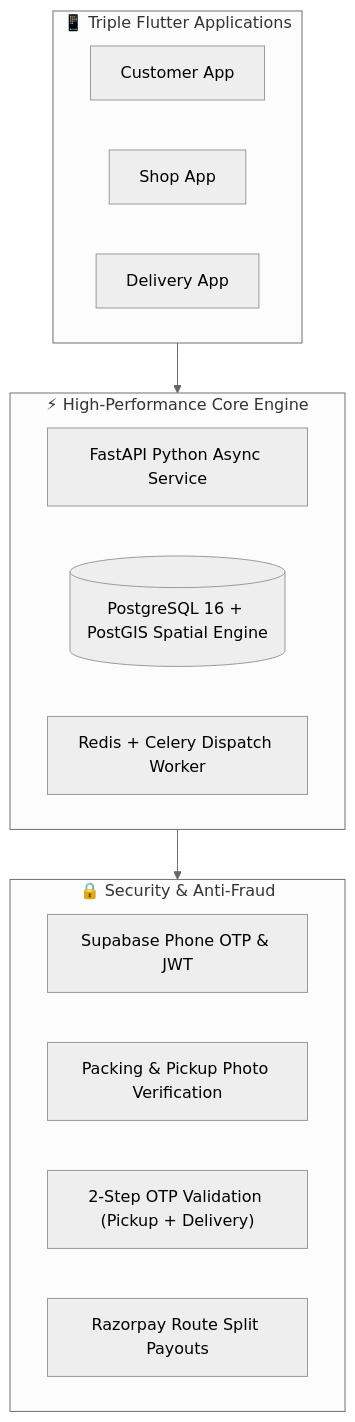
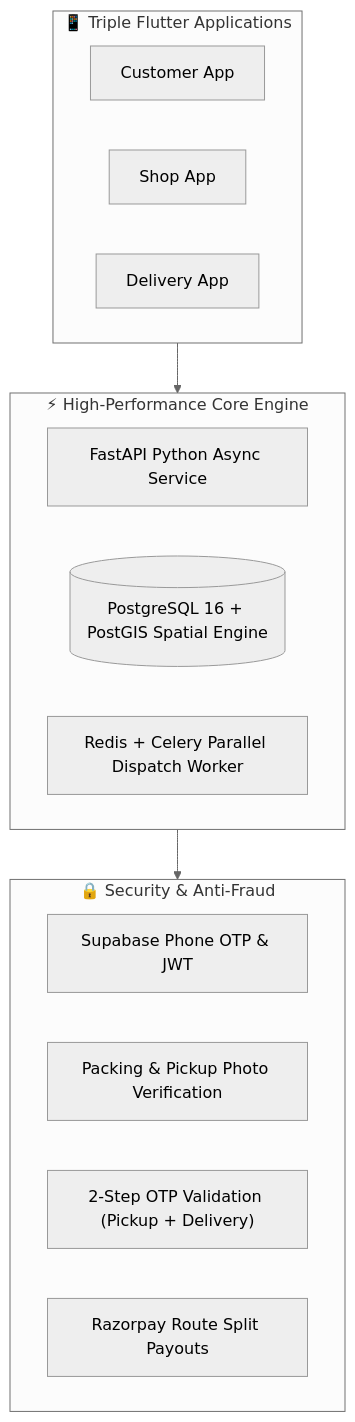
The fifth of 7 diagrams in INVESTOR_PITCH_DECK.md (amangovindrao/passel), drawn with Mermaid (neutral theme) before and after one commit. The commit also changed other lines of this file and 1 other file, not shown here.

Commit message:
docs: update business model with ₹249 shop fee, tiered delivery fees & parallel batching

````diff
--- a/INVESTOR_PITCH_DECK.md
+++ b/INVESTOR_PITCH_DECK.md
@@ -127,24 +130,24 @@
 ```mermaid
 graph TD
     subgraph Frontend["📱 Triple Flutter Applications"]
         CApp["Customer App"]
         SApp["Shop App"]
         DApp["Delivery App"]
     end
 
     subgraph Backend["⚡ High-Performance Core Engine"]
         FastAPI["FastAPI Python Async Service"]
         PostGIS[("PostgreSQL 16 + PostGIS Spatial Engine")]
-        Celery["Redis + Celery Dispatch Worker"]
+        Celery["Redis + Celery Parallel Dispatch Worker"]
     end
 
     subgraph Defense["🔒 Security & Anti-Fraud"]
         SupaAuth["Supabase Phone OTP & JWT"]
         PhotoProof["Packing & Pickup Photo Verification"]
         DoubleOTP["2-Step OTP Validation (Pickup + Delivery)"]
         SplitPay["Razorpay Route Split Payouts"]
     end
 
     Frontend --> Backend
     Backend --> Defense
 ```
````
